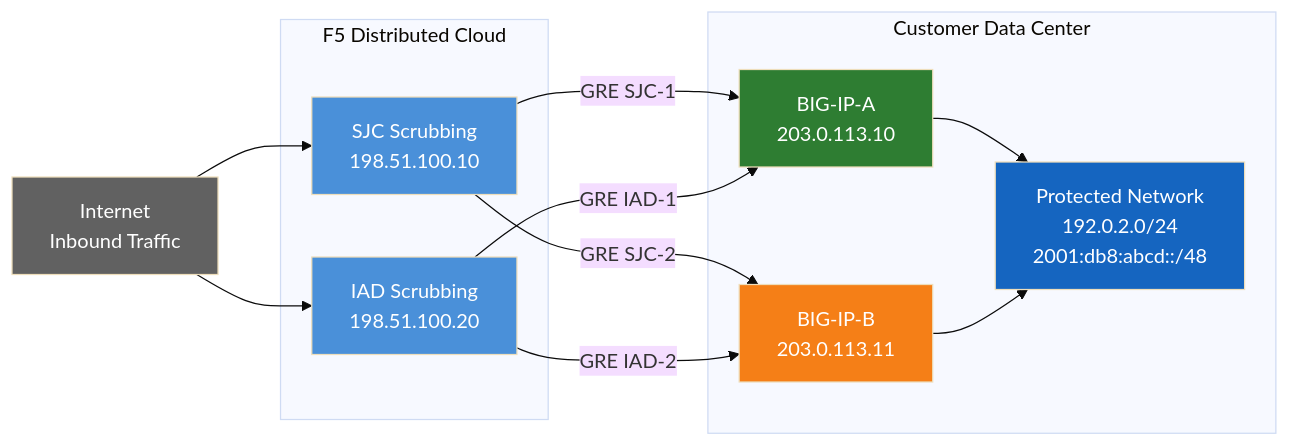
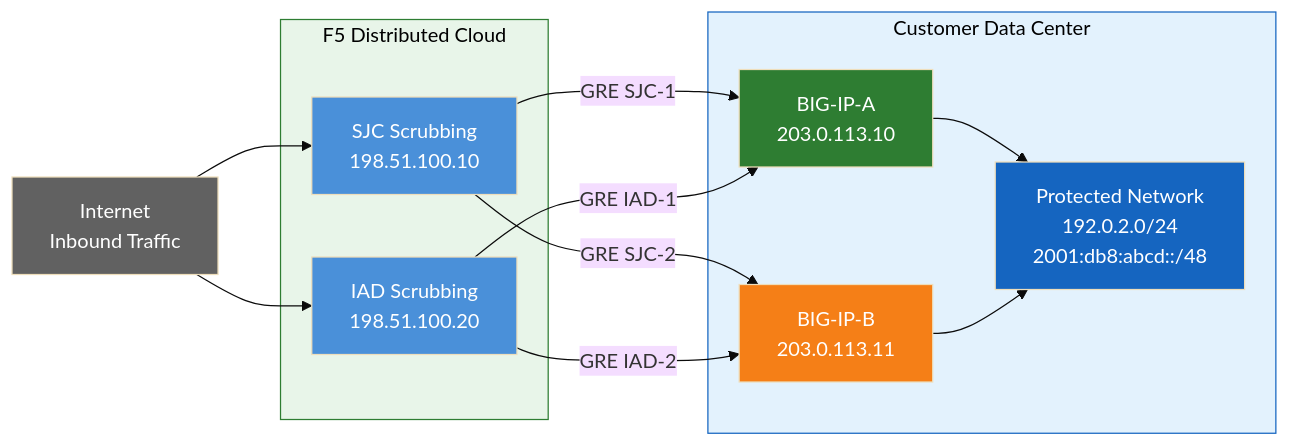
The second of 4 diagrams in README.md (robinmordasiewicz/f5xc-bigip-ddos-gre), drawn with Mermaid (base theme) before and after one commit. The commit also changed other lines of this file, not shown here.

First line of the commit message:
docs: enhance README diagram styling and architecture clarity

````diff
--- a/README.md
+++ b/README.md
@@ -101,31 +106,33 @@
 ```mermaid
 flowchart LR
     INET["Internet<br/>Inbound Traffic"]
 
     subgraph XC["F5 Distributed Cloud"]
         SJC["SJC Scrubbing<br/>198.51.100.10"]
         IAD["IAD Scrubbing<br/>198.51.100.20"]
     end
 
     subgraph DC["Customer Data Center"]
         BIGIPA["BIG-IP-A<br/>203.0.113.10"]
         BIGIPB["BIG-IP-B<br/>203.0.113.11"]
         NET["Protected Network<br/>192.0.2.0/24<br/>2001:db8:abcd::/48"]
     end
 
     INET --> SJC
     INET --> IAD
     SJC -- "GRE SJC-1" --> BIGIPA
     IAD -- "GRE IAD-1" --> BIGIPA
     SJC -- "GRE SJC-2" --> BIGIPB
     IAD -- "GRE IAD-2" --> BIGIPB
     BIGIPA --> NET
     BIGIPB --> NET
 
     style INET fill:#616161,color:#fff
     style SJC fill:#4a90d9,color:#fff
     style IAD fill:#4a90d9,color:#fff
     style BIGIPA fill:#2e7d32,color:#fff
     style BIGIPB fill:#f57f17,color:#fff
     style NET fill:#1565c0,color:#fff
+    style DC fill:#e3f2fd,stroke:#1565c0,color:#000
+    style XC fill:#e8f5e9,stroke:#2e7d32,color:#000
 ```
````
